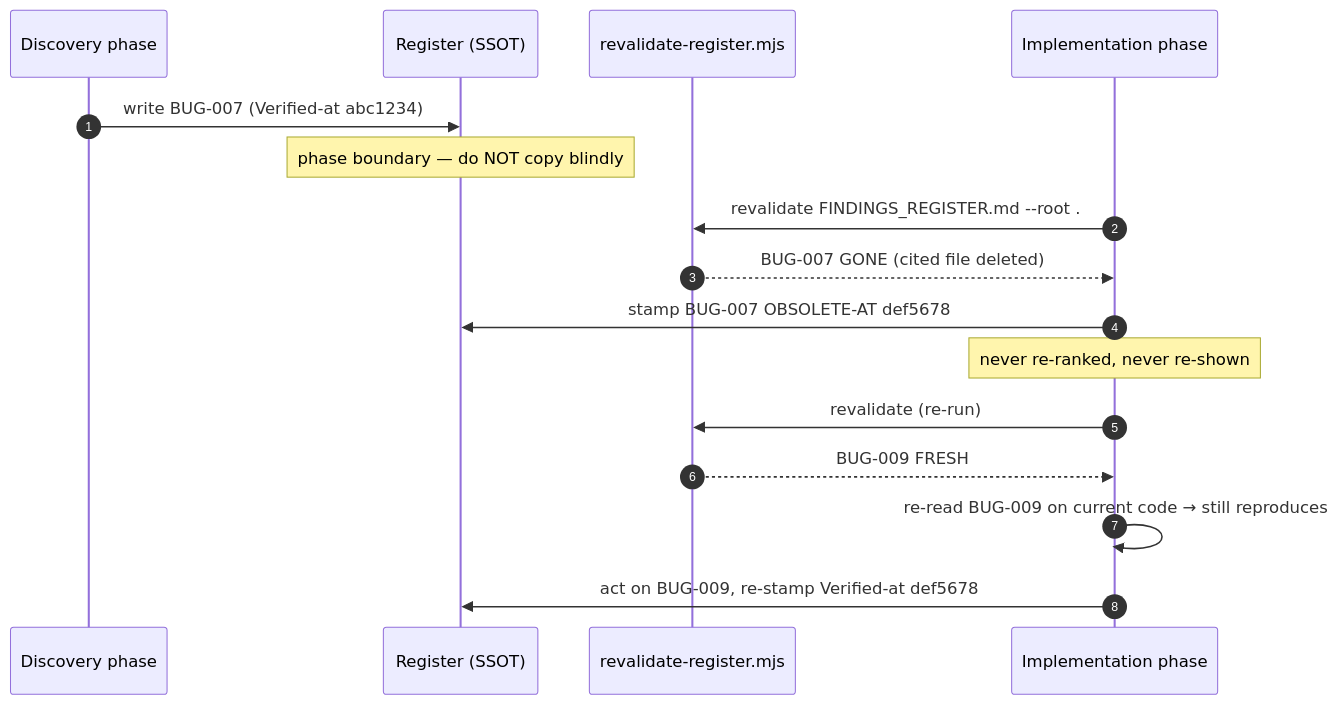
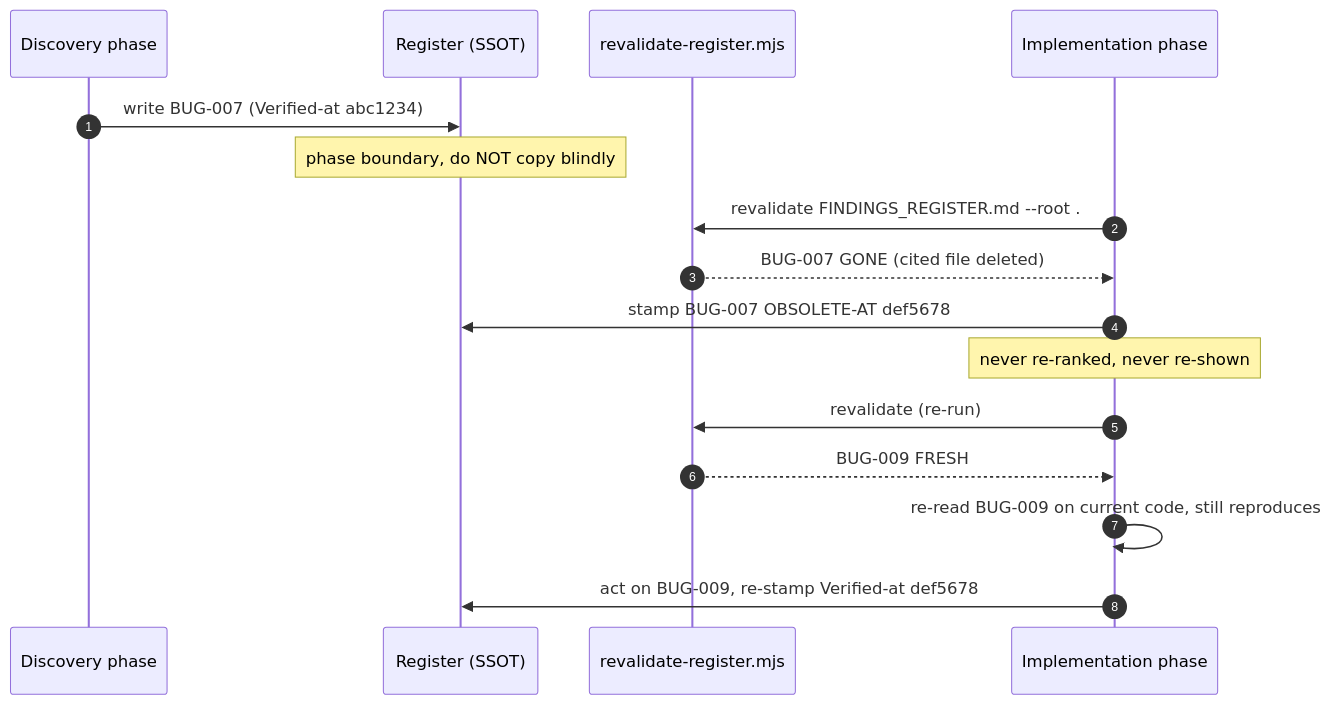
Before and after one commit to skylarsabo/code-ops: the second of 2 diagrams in code-ops-docs/40 Engineering/Handbook/04-registers-and-freshness.md, drawn with Mermaid. The commit also changed other lines of this file and 56 other files, not shown here.

````diff
--- a/code-ops-docs/40 Engineering/Handbook/04-registers-and-freshness.md
+++ b/code-ops-docs/40 Engineering/Handbook/04-registers-and-freshness.md
@@ -119,19 +120,19 @@
 ```mermaid
 sequenceDiagram
     autonumber
     participant Disc as Discovery phase
     participant Reg as Register (SSOT)
     participant Rev as revalidate-register.mjs
     participant Impl as Implementation phase
 
     Disc->>Reg: write BUG-007 (Verified-at abc1234)
-    Note over Reg: phase boundary — do NOT copy blindly
+    Note over Reg: phase boundary, do NOT copy blindly
     Impl->>Rev: revalidate FINDINGS_REGISTER.md --root .
     Rev-->>Impl: BUG-007 GONE (cited file deleted)
     Impl->>Reg: stamp BUG-007 OBSOLETE-AT def5678
     Note over Impl: never re-ranked, never re-shown
     Impl->>Rev: revalidate (re-run)
     Rev-->>Impl: BUG-009 FRESH
-    Impl->>Impl: re-read BUG-009 on current code → still reproduces
+    Impl->>Impl: re-read BUG-009 on current code, still reproduces
     Impl->>Reg: act on BUG-009, re-stamp Verified-at def5678
 ```
````
